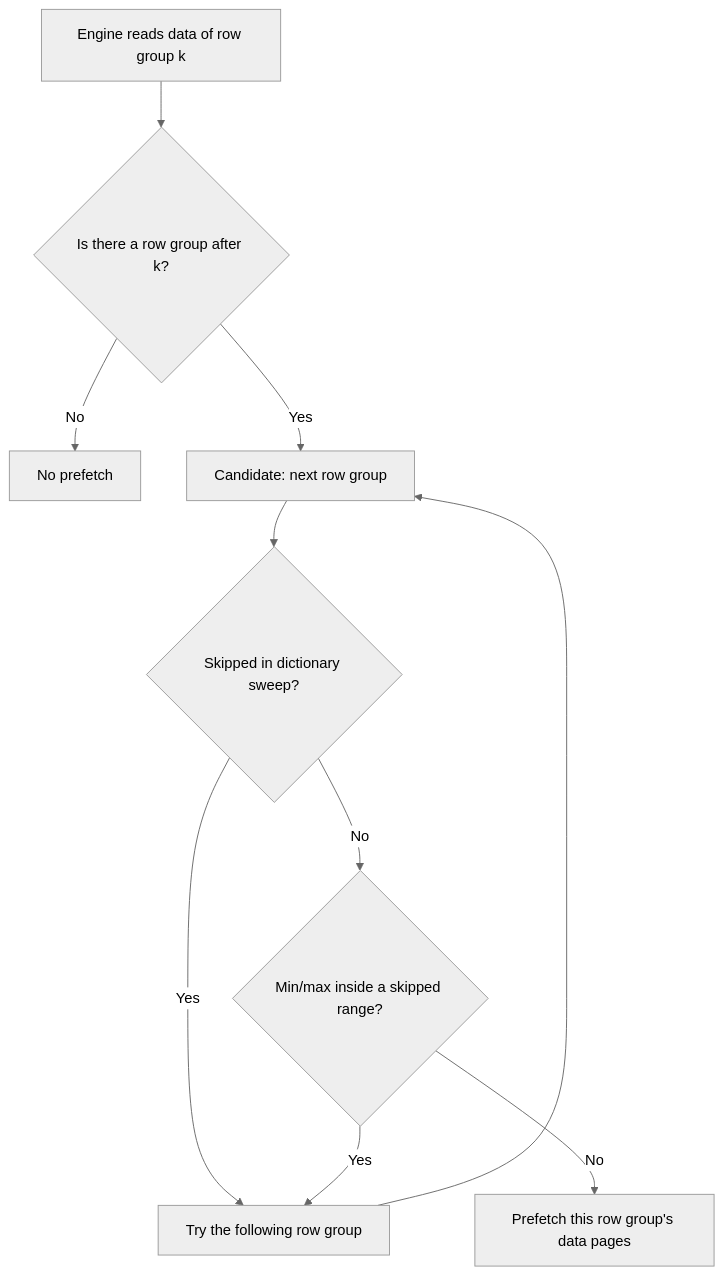
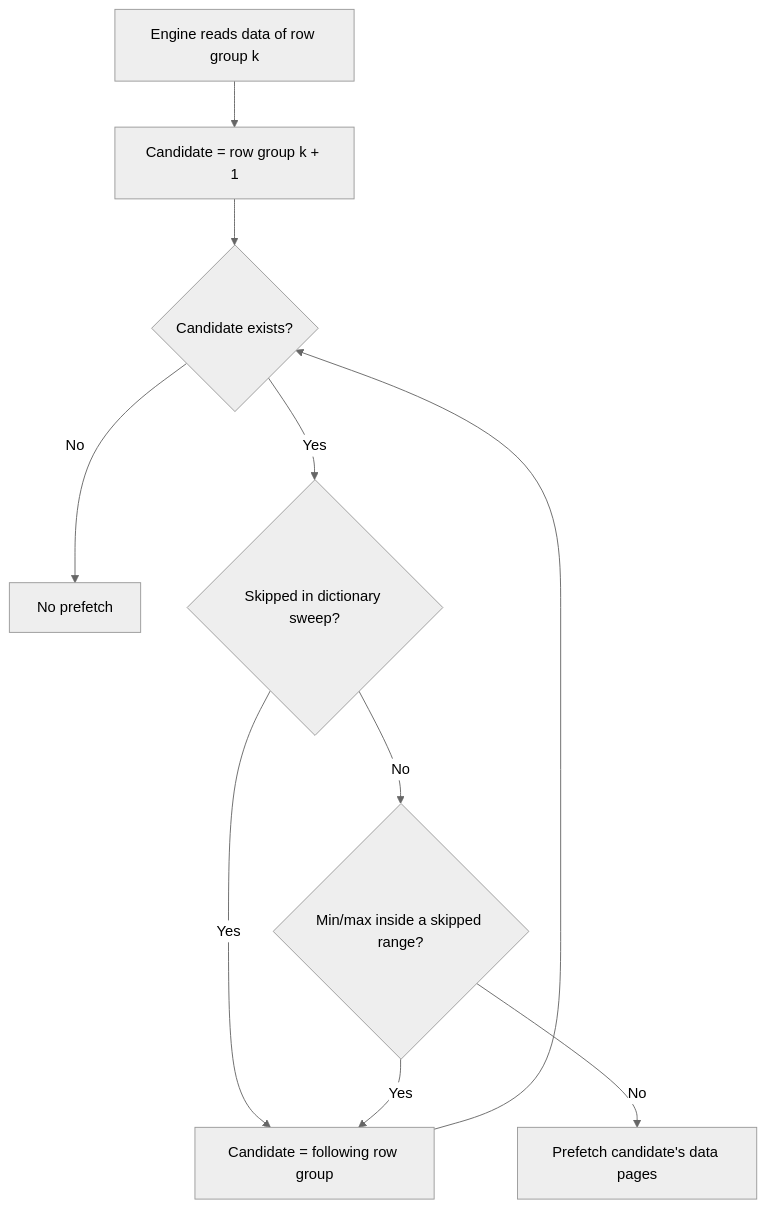
Before and after one commit to prudhvimaharishi/gcs-analytics-core: the sixth of 8 diagrams in .agents/predictive_prefetching_design_doc.md, drawn with Mermaid (neutral theme). The commit also changed other lines of this file, not shown here.

````diff
--- a/.agents/predictive_prefetching_design_doc.md
+++ b/.agents/predictive_prefetching_design_doc.md
@@ -257,12 +270,12 @@
 ```mermaid
 flowchart TD
-    Read["Engine reads data of row group k"] --> Next{"Is there a row group after k?"}
-    Next -- "No" --> Stop["No prefetch"]
-    Next -- "Yes" --> Cand["Candidate: next row group"]
-    Cand --> S1{"Skipped in dictionary sweep?"}
-    S1 -- "Yes" --> Next2["Try the following row group"]
+    Read["Engine reads data of row group k"] --> Start["Candidate = row group k + 1"]
+    Start --> Exists{"Candidate exists?"}
+    Exists -- "No" --> Stop["No prefetch"]
+    Exists -- "Yes" --> S1{"Skipped in dictionary sweep?"}
+    S1 -- "Yes" --> Advance["Candidate = following row group"]
     S1 -- "No" --> S2{"Min/max inside a skipped range?"}
-    S2 -- "Yes" --> Next2
-    S2 -- "No" --> Pick["Prefetch this row group's data pages"]
-    Next2 --> Cand
+    S2 -- "Yes" --> Advance
+    S2 -- "No" --> Pick["Prefetch candidate's data pages"]
+    Advance --> Exists
 ```
````
